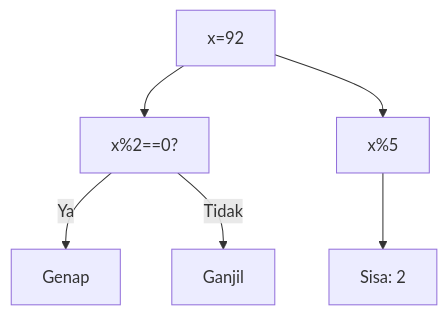
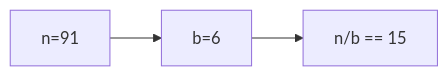
One commit to amnahwaida/OSNK_INF_PREP changed the ninth of 25 diagrams in part-c-pemahaman-cpp/01-tipe-data/latihan/set-04.md. Above: the diagram before and after it, drawn with Mermaid. The commit also changed other lines of this file and 71 other files, not shown here.

````diff
--- a/part-c-pemahaman-cpp/01-tipe-data/latihan/set-04.md
+++ b/part-c-pemahaman-cpp/01-tipe-data/latihan/set-04.md
@@ -205,8 +237,5 @@
 ```mermaid
-graph TD
-A["x=92"] --> B["x%2==0?"]
-B -- Ya --> C["Genap"]
-B -- Tidak --> D["Ganjil"]
-A --> E["x%5"]
-E --> F["Sisa: 2"]
+graph LR
+A["n=91"] --> B["b=6"]
+B --> C["n/b == 15"]
 ```
````
